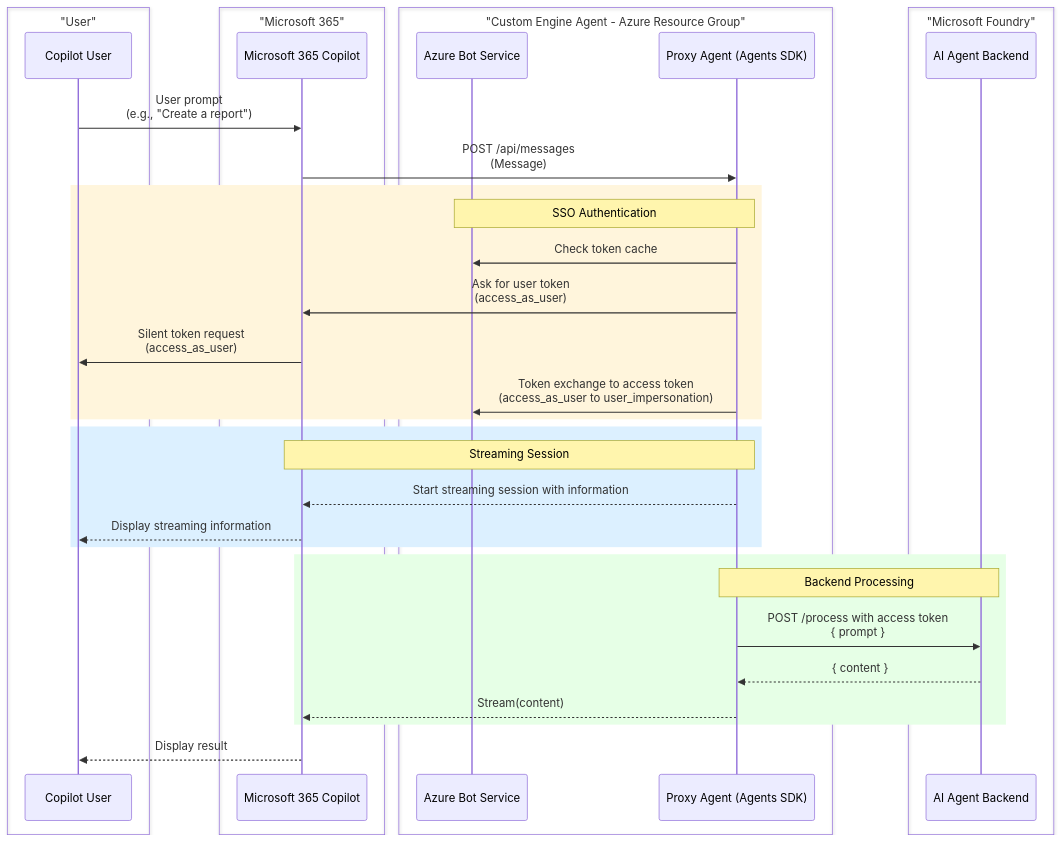
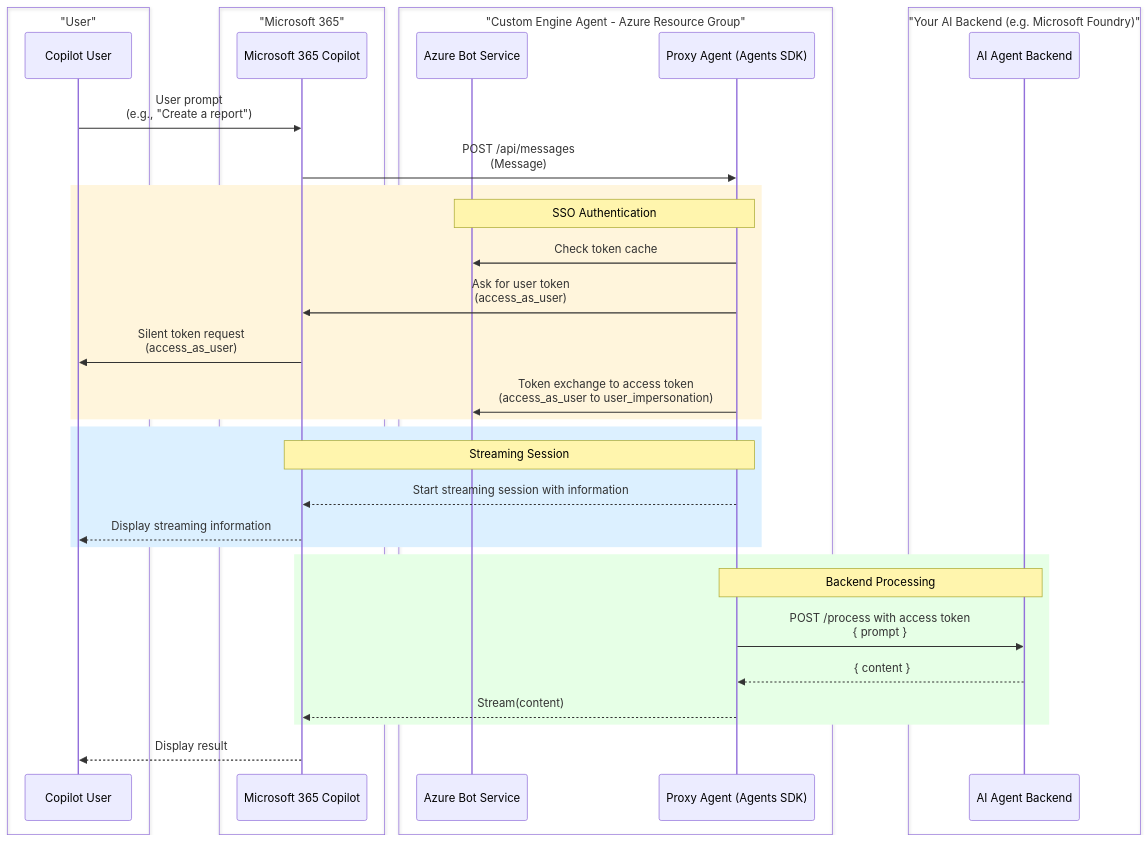
One commit to OfficeDev/microsoft-365-agents-toolkit-samples changed the diagram in ProxyAgent-NodeJS/README.md. Above: the diagram before and after it, drawn with Mermaid. The commit also changed other lines of this file and 13 other files, not shown here.

````diff
--- a/ProxyAgent-NodeJS/README.md
+++ b/ProxyAgent-NodeJS/README.md
@@ -23,50 +24,50 @@
 ```mermaid
 sequenceDiagram
     %% Groups
     box "User"
         participant U as Copilot User
     end
 
     box "Microsoft 365"
         participant M as Microsoft 365 Copilot
     end
 
     box "Custom Engine Agent - Azure Resource Group"
         participant B as Azure Bot Service
         participant P as Proxy Agent (Agents SDK)
     end
 
-    box "Microsoft Foundry"
+    box "Your AI Backend (e.g. Microsoft Foundry)"
         participant A as AI Agent Backend
     end
 
     %% User Prompt Flow
     U->>M: User prompt<br/>(e.g., "Create a report")
     M->>P: POST /api/messages<br/>(Message)
     
     %% SSO Authentication Flow
     rect rgb(255, 245, 220)
         Note over B,P: SSO Authentication
         P->>B: Check token cache
         P->>M: Ask for user token<br/>(access_as_user)
         M->>U: Silent token request<br/>(access_as_user)
         P->>B: Token exchange to access token<br/>(access_as_user to user_impersonation)
     end
     
     %% Streaming Response Flow
     rect rgb(220, 240, 255)
         Note over P,M: Streaming Session
         P-->>M: Start streaming session with information
         M-->>U: Display streaming information
     end
     
     %% Backend Processing Flow
     rect rgb(230, 255, 230)
         Note over P,A: Backend Processing
         P->>A: POST /process with access token<br/>{ prompt }
         A-->>P: { content }
         P-->>M: Stream(content)
     end
     
     M-->>U: Display result
 ```
````
